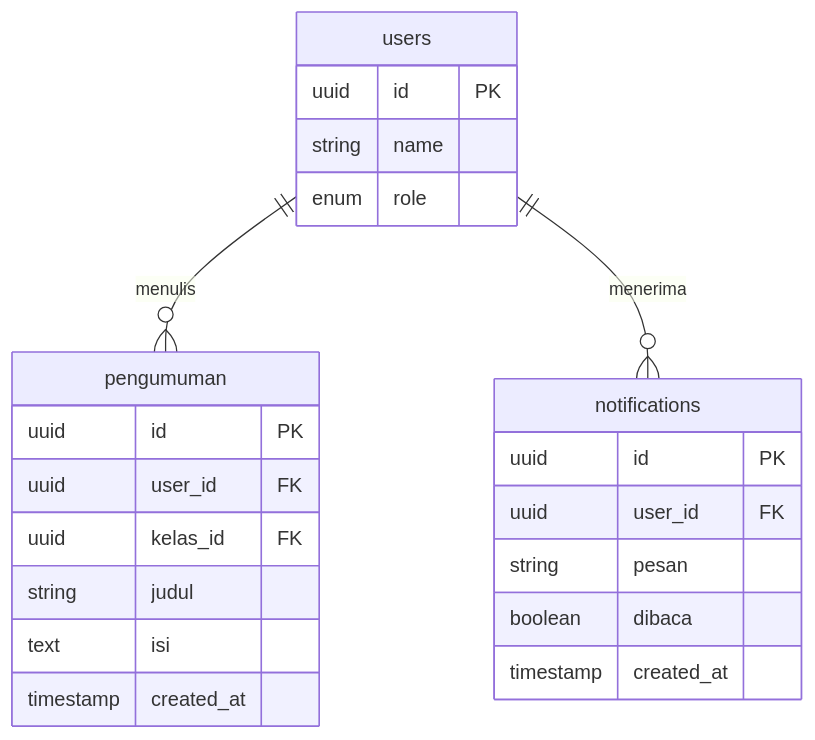
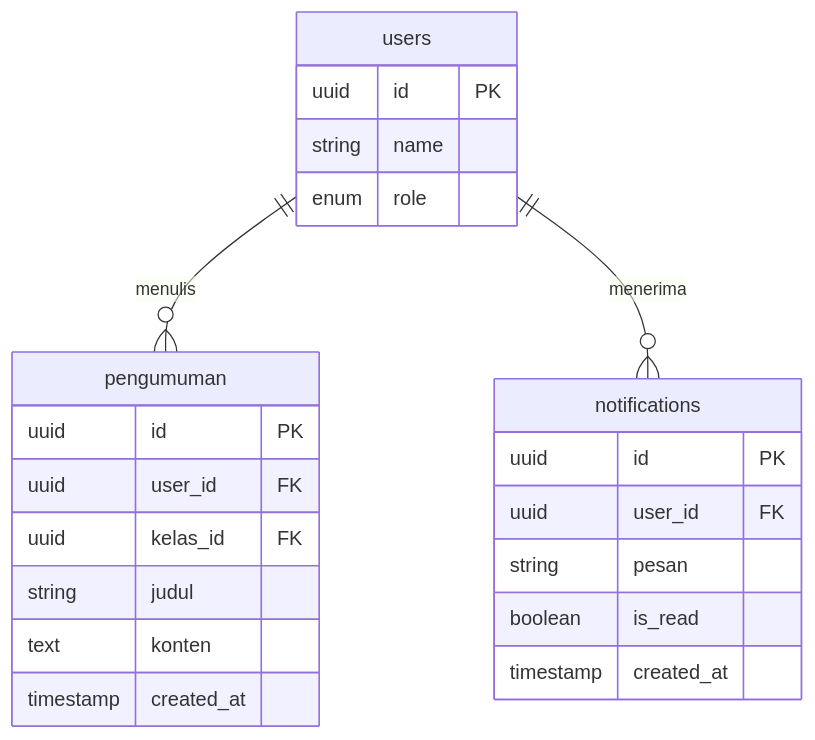
The sixth of 7 diagrams in docs/ERD_BACKEND_MERMAID.md (taufiq1285/sistem-pwa), drawn with Mermaid before and after one commit. The commit also changed other lines of this file and 151 other files, not shown here.

````diff
--- a/docs/ERD_BACKEND_MERMAID.md
+++ b/docs/ERD_BACKEND_MERMAID.md
@@ -283,25 +296,25 @@
 ```mermaid
 erDiagram
     users {
         uuid id PK
         string name
         enum role
     }
     pengumuman {
         uuid id PK
         uuid user_id FK
         uuid kelas_id FK
         string judul
-        text isi
+        text konten
         timestamp created_at
     }
     notifications {
         uuid id PK
         uuid user_id FK
         string pesan
-        boolean dibaca
+        boolean is_read
         timestamp created_at
     }
     users ||--o{ pengumuman : menulis
     users ||--o{ notifications : menerima
 ```
````
